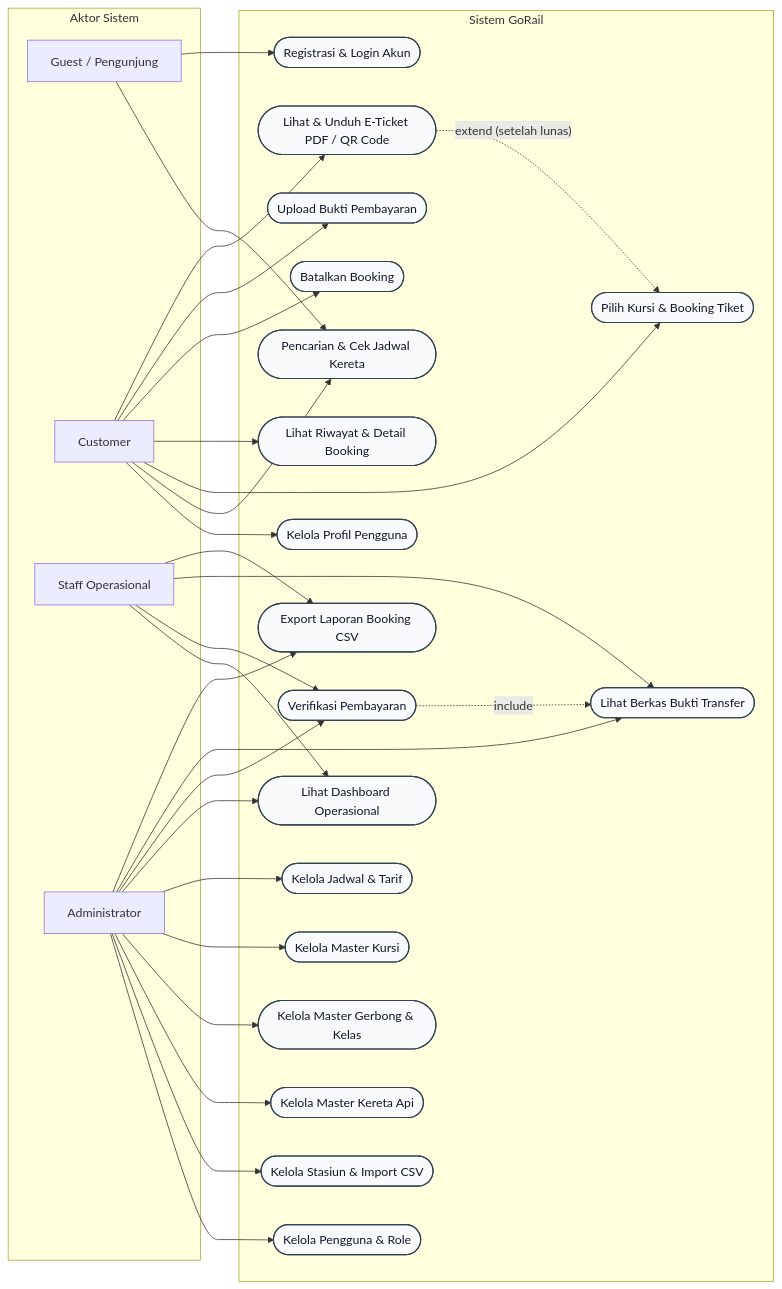
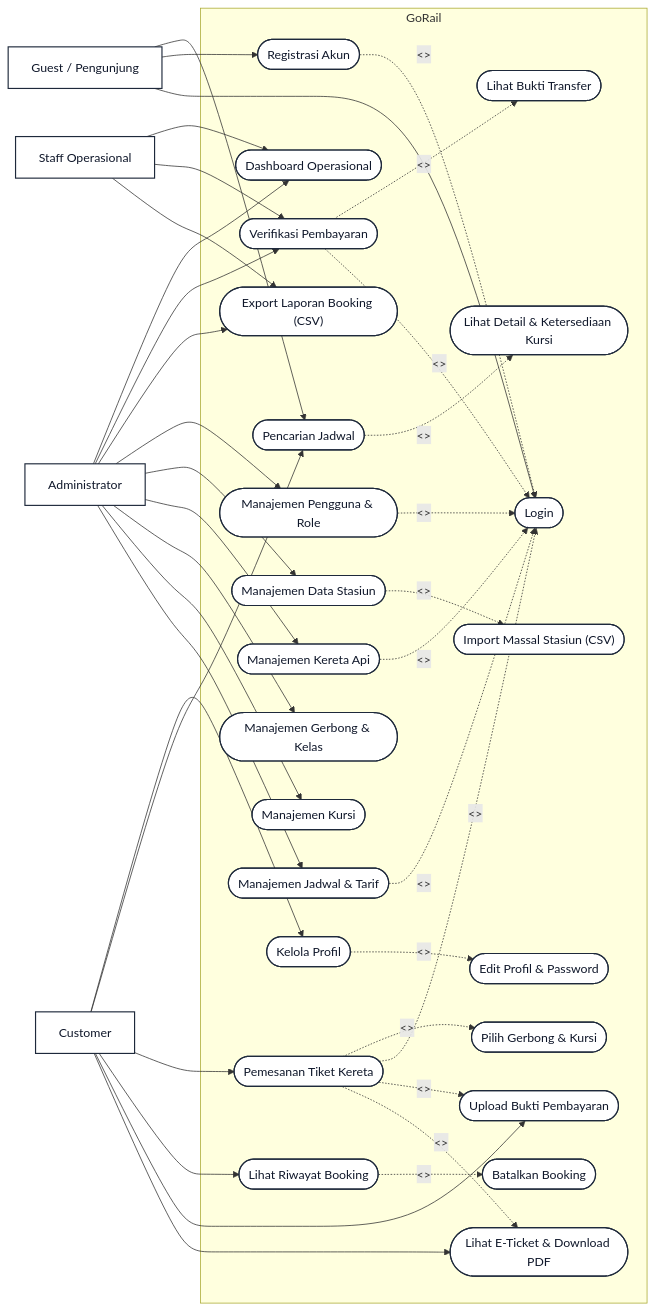
Before and after one commit to Tedshub/GoRail: the diagram in README.md, drawn with Mermaid.

````diff
--- a/README.md
+++ b/README.md
@@ -11,76 +11,108 @@
 ```mermaid
 flowchart LR
-    %% Actors
-    subgraph Aktor [Aktor Sistem]
-        Guest["Guest / Pengunjung"]
-        Customer["Customer"]
-        Staff["Staff Operasional"]
-        Admin["Administrator"]
+    %% ==========================================
+    %% AKTOR SEBELAH KIRI
+    %% ==========================================
+    Guest["Guest / Pengunjung"]
+    Customer["Customer"]
+
+    %% ==========================================
+    %% SYSTEM BOUNDARY (GORAIL)
+    %% ==========================================
+    subgraph GoRail ["GoRail"]
+        %% Autentikasi & Akun
+        UC_Login(["Login"]):::usecase
+        UC_Register(["Registrasi Akun"]):::usecase
+        UC_Profil(["Kelola Profil"]):::usecase
+        UC_EditProfil(["Edit Profil & Password"]):::usecase
+
+        %% Pencarian & Jadwal
+        UC_Search(["Pencarian Jadwal"]):::usecase
+        UC_DetailJadwal(["Lihat Detail & Ketersediaan Kursi"]):::usecase
+
+        %% Reservasi Tiket
+        UC_Booking(["Pemesanan Tiket Kereta"]):::usecase
+        UC_PilihKursi(["Pilih Gerbong & Kursi"]):::usecase
+        UC_Riwayat(["Lihat Riwayat Booking"]):::usecase
+        UC_Batal(["Batalkan Booking"]):::usecase
+        UC_UploadBayar(["Upload Bukti Pembayaran"]):::usecase
+        UC_ETicket(["Lihat E-Ticket & Download PDF"]):::usecase
+
+        %% Operasional Staff
+        UC_Dashboard(["Dashboard Operasional"]):::usecase
+        UC_VerifBayar(["Verifikasi Pembayaran"]):::usecase
+        UC_LihatBukti(["Lihat Bukti Transfer"]):::usecase
+        UC_ExportCSV(["Export Laporan Booking (CSV)"]):::usecase
+
+        %% Master Data Admin
+        UC_MngUser(["Manajemen Pengguna & Role"]):::usecase
+        UC_MngStasiun(["Manajemen Data Stasiun"]):::usecase
+        UC_ImportStasiun(["Import Massal Stasiun (CSV)"]):::usecase
+        UC_MngKereta(["Manajemen Kereta Api"]):::usecase
+        UC_MngGerbong(["Manajemen Gerbong & Kelas"]):::usecase
+        UC_MngKursi(["Manajemen Kursi"]):::usecase
+        UC_MngJadwal(["Manajemen Jadwal & Tarif"]):::usecase
+
+        %% Relasi Include & Extend Antar Use Case
+        UC_Register -.->|"<<Extend>>"| UC_Login
+        UC_Profil -.->|"<<Extend>>"| UC_EditProfil
+        UC_Search -.->|"<<Include>>"| UC_DetailJadwal
+        
+        UC_Booking -.->|"<<Include>>"| UC_PilihKursi
+        UC_Booking -.->|"<<Include>>"| UC_Login
+        UC_Booking -.->|"<<Extend>>"| UC_UploadBayar
+        UC_Booking -.->|"<<Extend>>"| UC_ETicket
+        UC_Riwayat -.->|"<<Extend>>"| UC_Batal
+
+        UC_VerifBayar -.->|"<<Include>>"| UC_LihatBukti
+        UC_VerifBayar -.->|"<<Include>>"| UC_Login
+
+        UC_MngStasiun -.->|"<<Extend>>"| UC_ImportStasiun
+        UC_MngUser -.->|"<<Include>>"| UC_Login
+        UC_MngKereta -.->|"<<Include>>"| UC_Login
+        UC_MngJadwal -.->|"<<Include>>"| UC_Login
     end
 
-    %% System Boundary
-    subgraph GoRailSystem ["Sistem GoRail"]
-        %% Guest Use Cases
-        UC_Search(["Pencarian & Cek Jadwal Kereta"]):::uc
-        UC_Auth(["Registrasi & Login Akun"]):::uc
+    %% ==========================================
+    %% AKTOR SEBELAH KANAN
+    %% ==========================================
+    Staff["Staff Operasional"]
+    Admin["Administrator"]
 
-        %% Customer Use Cases
-        UC_Profile(["Kelola Profil Pengguna"]):::uc
-        UC_Seat(["Pilih Kursi & Booking Tiket"]):::uc
-        UC_Hist(["Lihat Riwayat & Detail Booking"]):::uc
-        UC_Cancel(["Batalkan Booking"]):::uc
-        UC_UploadPay(["Upload Bukti Pembayaran"]):::uc
-        UC_Ticket(["Lihat & Unduh E-Ticket PDF / QR Code"]):::uc
+    %% ==========================================
+    %% RELASI AKTOR KIRI KE USE CASE
+    %% ==========================================
+    Guest --> UC_Search
+    Guest --> UC_Register
+    Guest --> UC_Login
 
-        %% Staff Use Cases
-        UC_StaffDash(["Lihat Dashboard Operasional"]):::uc
-        UC_Verify(["Verifikasi Pembayaran"]):::uc
-        UC_ViewProof(["Lihat Berkas Bukti Transfer"]):::uc
-        UC_Export(["Export Laporan Booking CSV"]):::uc
+    Customer --> UC_Profil
+    Customer --> UC_Search
+    Customer --> UC_Booking
+    Customer --> UC_Riwayat
+    Customer --> UC_UploadBayar
+    Customer --> UC_ETicket
 
-        %% Admin Master Data Use Cases
-        UC_ManageUsers(["Kelola Pengguna & Role"]):::uc
-        UC_ManageStations(["Kelola Stasiun & Import CSV"]):::uc
-        UC_ManageTrains(["Kelola Master Kereta Api"]):::uc
-        UC_ManageCoaches(["Kelola Master Gerbong & Kelas"]):::uc
-        UC_ManageSeats(["Kelola Master Kursi"]):::uc
-        UC_ManageSchedules(["Kelola Jadwal & Tarif"]):::uc
-    end
+    %% ==========================================
+    %% RELASI AKTOR KANAN KE USE CASE
+    %% ==========================================
+    Staff --> UC_Dashboard
+    Staff --> UC_VerifBayar
+    Staff --> UC_ExportCSV
 
-    %% Guest Connections
-    Guest --> UC_Search
-    Guest --> UC_Auth
+    Admin --> UC_Dashboard
+    Admin --> UC_VerifBayar
+    Admin --> UC_ExportCSV
+    Admin --> UC_MngUser
+    Admin --> UC_MngStasiun
+    Admin --> UC_MngKereta
+    Admin --> UC_MngGerbong
+    Admin --> UC_MngKursi
+    Admin --> UC_MngJadwal
 
-    %% Customer Connections
-    Customer --> UC_Profile
-    Customer --> UC_Search
-    Customer --> UC_Seat
-    Customer --> UC_Hist
-    Customer --> UC_Cancel
-    Customer --> UC_UploadPay
-    Customer --> UC_Ticket
-
-    %% Staff Connections
-    Staff --> UC_StaffDash
-    Staff --> UC_Verify
-    Staff --> UC_ViewProof
-    Staff --> UC_Export
-
-    %% Admin Connections
-    Admin --> UC_ManageUsers
-    Admin --> UC_ManageStations
-    Admin --> UC_ManageTrains
-    Admin --> UC_ManageCoaches
-    Admin --> UC_ManageSeats
-    Admin --> UC_ManageSchedules
-    Admin --> UC_StaffDash
-    Admin --> UC_Verify
-    Admin --> UC_ViewProof
-    Admin --> UC_Export
-
-    %% Relations
-    UC_Verify -.->|"include"| UC_ViewProof
-    UC_Ticket -.->|"extend (setelah lunas)"| UC_Seat
-
-    classDef uc fill:#f8fafc,stroke:#334155,stroke-width:1.5px,color:#0f172a;
+    %% ==========================================
+    %% STYLING UML
+    %% ==========================================
+    classDef usecase fill:#ffffff,stroke:#1e293b,stroke-width:1.5px,color:#0f172a;
+    classDef default fill:#ffffff,stroke:#1e293b,stroke-width:1.5px,color:#0f172a;
 ```
````
